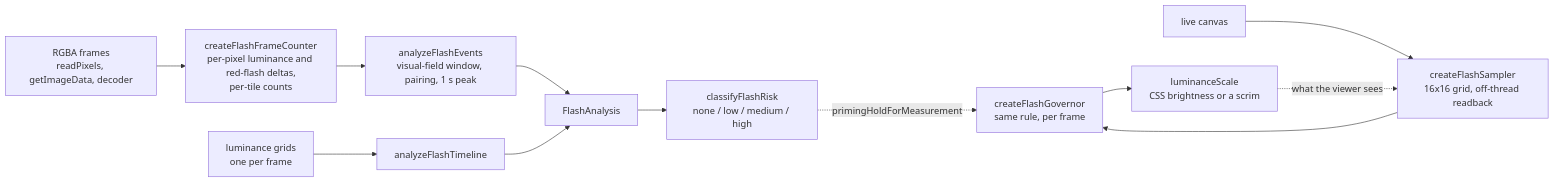
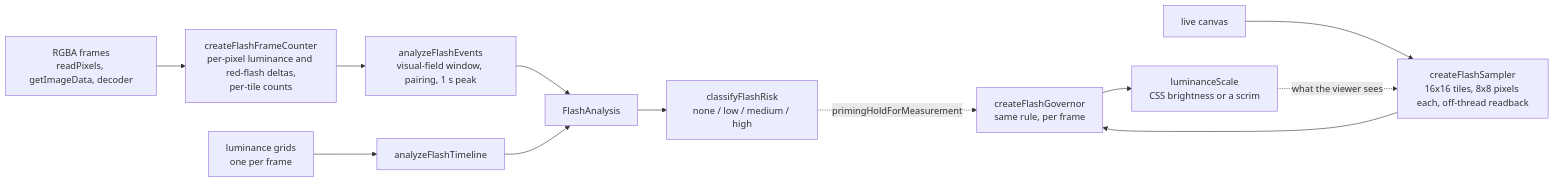
One commit to zz-plant/stims changed the diagram in packages/flash-guard/README.md. Above: the diagram before and after it, drawn with Mermaid. The commit also changed other lines of this file and 12 other files, not shown here.

````diff
--- a/packages/flash-guard/README.md
+++ b/packages/flash-guard/README.md
@@ -16,14 +16,14 @@
 ```mermaid
 flowchart LR
   rgba["RGBA frames<br/>readPixels, getImageData, decoder"] --> counter["createFlashFrameCounter<br/>per-pixel luminance and red-flash deltas,<br/>per-tile counts"]
   counter --> events["analyzeFlashEvents<br/>visual-field window, pairing, 1 s peak"]
   grids["luminance grids<br/>one per frame"] --> timeline["analyzeFlashTimeline"]
   events --> analysis["FlashAnalysis"]
   timeline --> analysis
   analysis --> risk["classifyFlashRisk<br/>none / low / medium / high"]
-  canvas["live canvas"] --> sampler["createFlashSampler<br/>16x16 grid, off-thread readback"]
+  canvas["live canvas"] --> sampler["createFlashSampler<br/>16x16 tiles, 8x8 pixels each, off-thread readback"]
   sampler --> governor["createFlashGovernor<br/>same rule, per frame"]
   governor --> apply["luminanceScale<br/>CSS brightness or a scrim"]
   apply -. "what the viewer sees" .-> sampler
   risk -. "primingHoldForMeasurement" .-> governor
 ```
````
